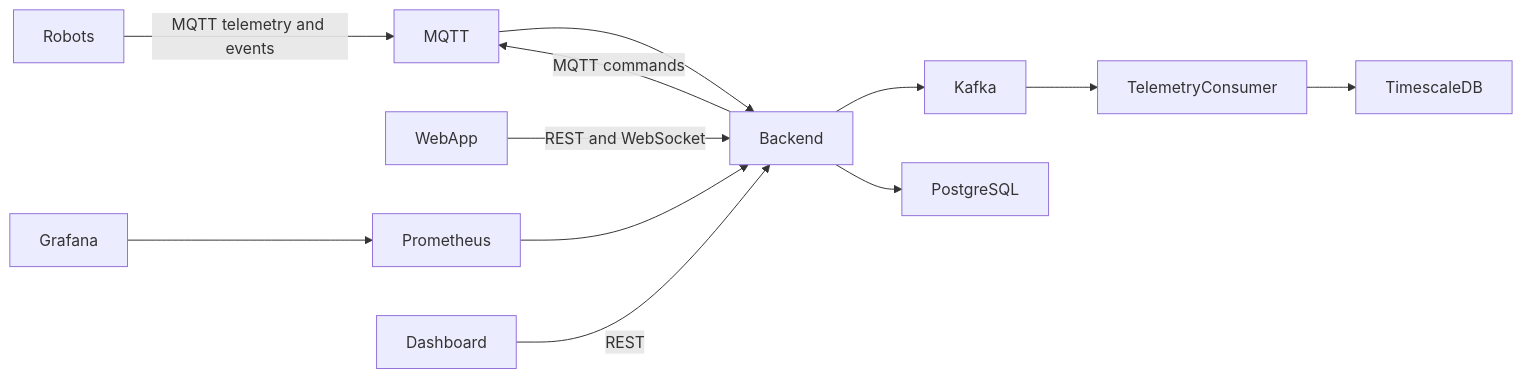
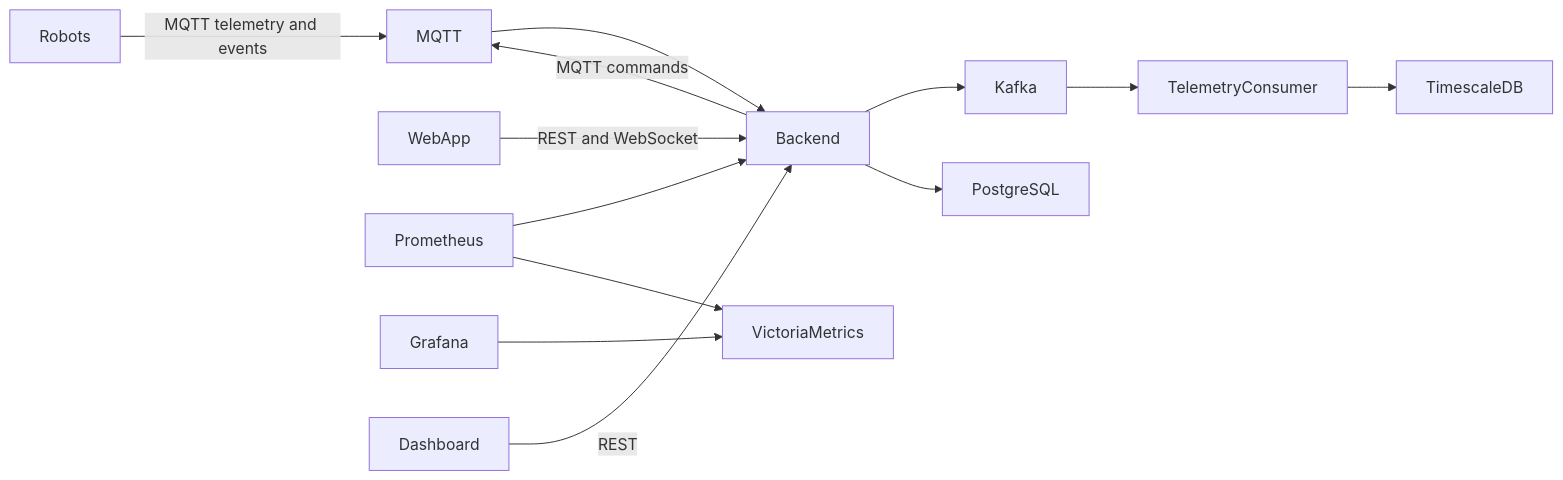
Before and after one commit to satr/robot-fleet: the diagram in README.md, drawn with Mermaid. The commit also changed other lines of this file and 6 other files, not shown here.

Commit message:
Using victoria metrics for prometheus

````diff
--- a/README.md
+++ b/README.md
@@ -9,14 +9,15 @@
 ```mermaid
 flowchart LR
     Robots -->|MQTT telemetry and events| MQTT
     Backend -->|MQTT commands| MQTT
     MQTT --> Backend
     Backend --> Kafka
     Backend --> PostgreSQL
     Kafka --> TelemetryConsumer
     TelemetryConsumer --> TimescaleDB
     WebApp -->|REST and WebSocket| Backend
     Prometheus --> Backend
-    Grafana --> Prometheus
+    Prometheus --> VictoriaMetrics
+    Grafana --> VictoriaMetrics
     Dashboard -->|REST| Backend
 ```
````
